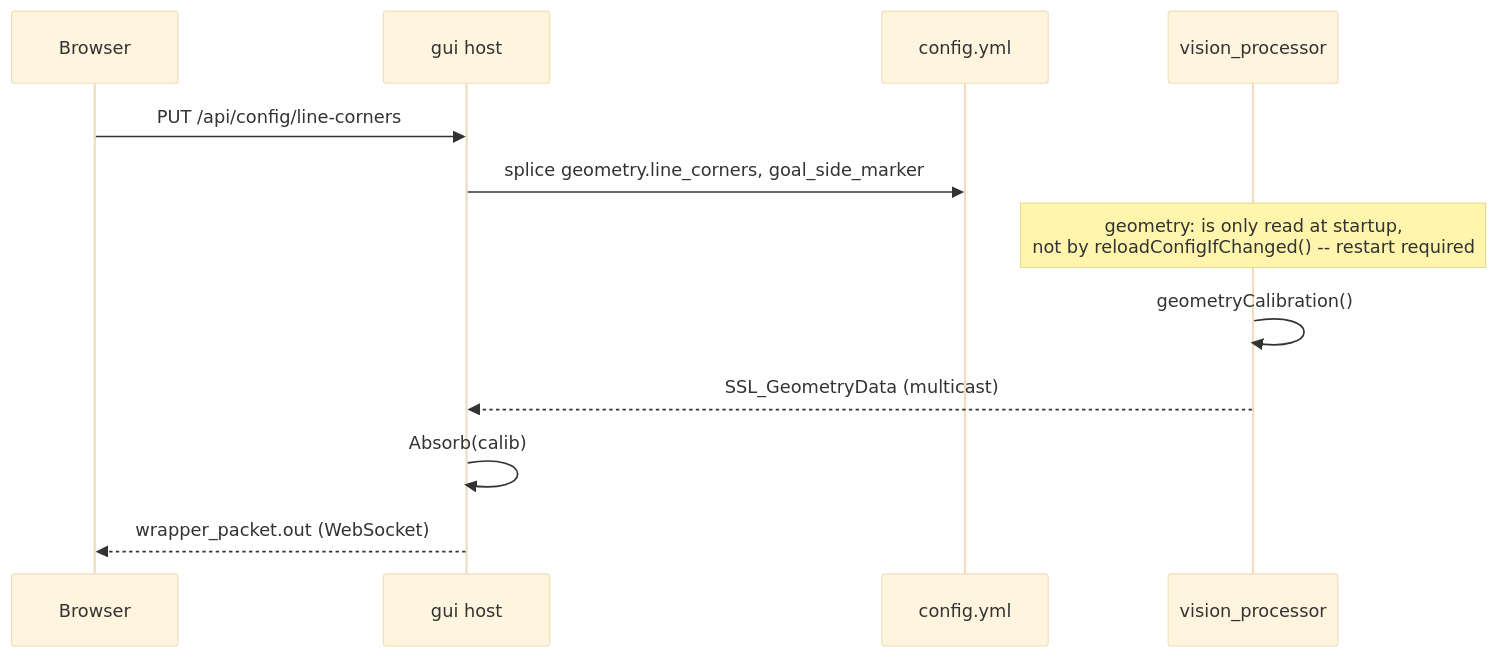
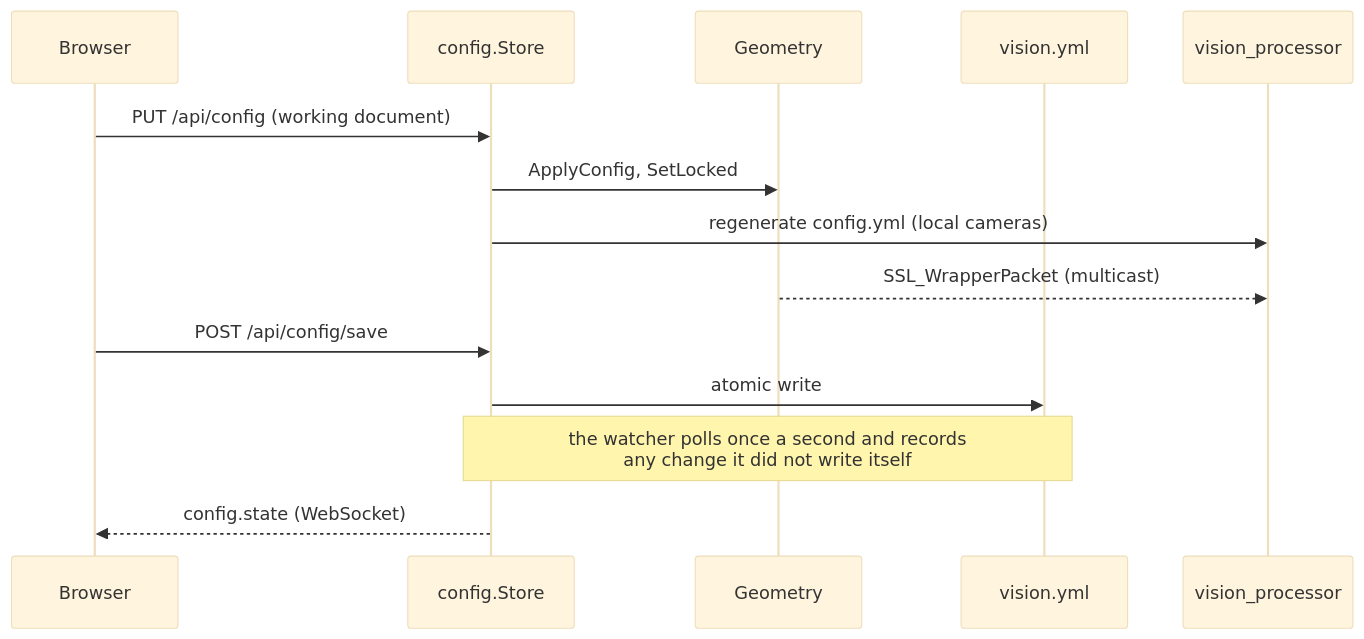
Before and after one commit to RoboCup-SSL/ssl-vision-processor: the fourth of 4 diagrams in gui/ARCHITECTURE.md, drawn with Mermaid (base theme). The commit also changed other lines of this file and 54 other files, not shown here.

Commit message:
unify config, overhaul save/load, confirm dialogue

````diff
--- a/gui/ARCHITECTURE.md
+++ b/gui/ARCHITECTURE.md
@@ -108,15 +118,17 @@
 ```mermaid
 sequenceDiagram
     participant Browser
-    participant GUI as gui host
-    participant Config as config.yml
+    participant Store as config.Store
+    participant Geometry
+    participant Disk as vision.yml
     participant VP as vision_processor
 
-    Browser->>GUI: PUT /api/config/line-corners
-    GUI->>Config: splice geometry.line_corners, goal_side_marker
-    Note over VP: geometry: is only read at startup,<br/>not by reloadConfigIfChanged() -- restart required
-    VP->>VP: geometryCalibration()
-    VP-->>GUI: SSL_GeometryData (multicast)
-    GUI->>GUI: Absorb(calib)
-    GUI-->>Browser: wrapper_packet.out (WebSocket)
+    Browser->>Store: PUT /api/config (working document)
+    Store->>Geometry: ApplyConfig, SetLocked
+    Store->>VP: regenerate config.yml (local cameras)
+    Geometry-->>VP: SSL_WrapperPacket (multicast)
+    Browser->>Store: POST /api/config/save
+    Store->>Disk: atomic write
+    Note over Store,Disk: the watcher polls once a second and records<br/>any change it did not write itself
+    Store-->>Browser: config.state (WebSocket)
 ```
````
